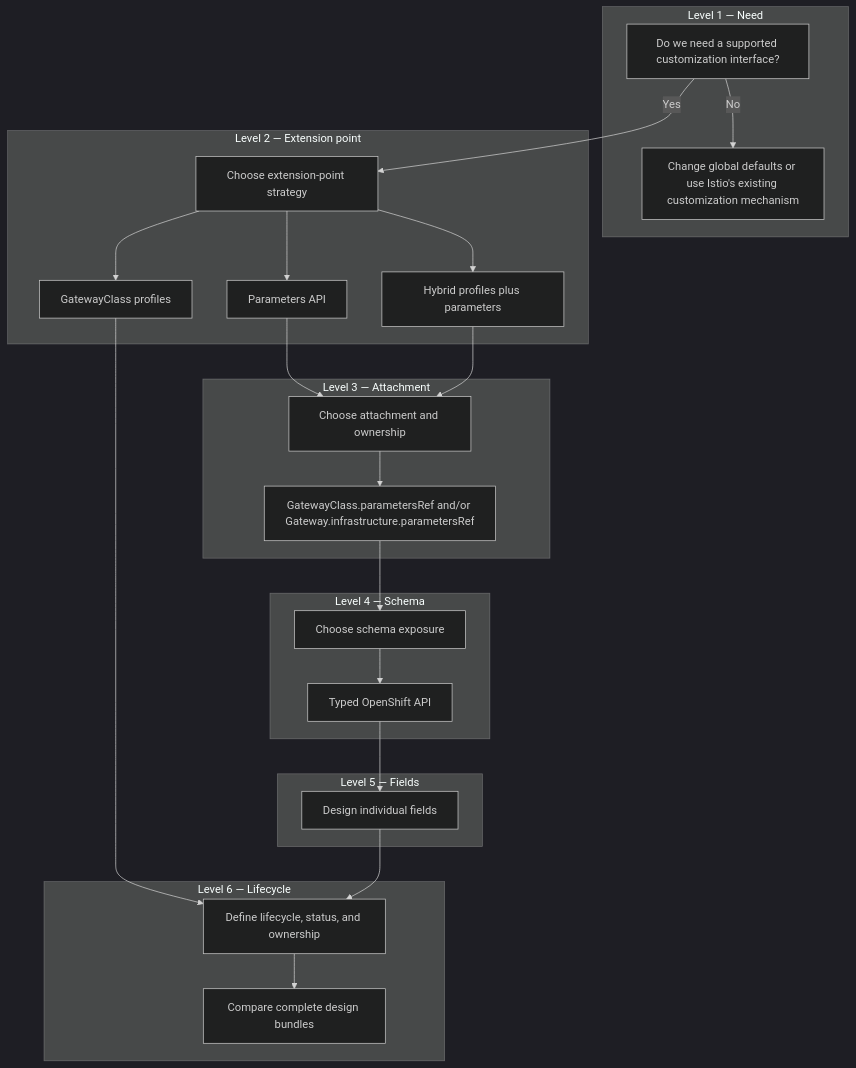
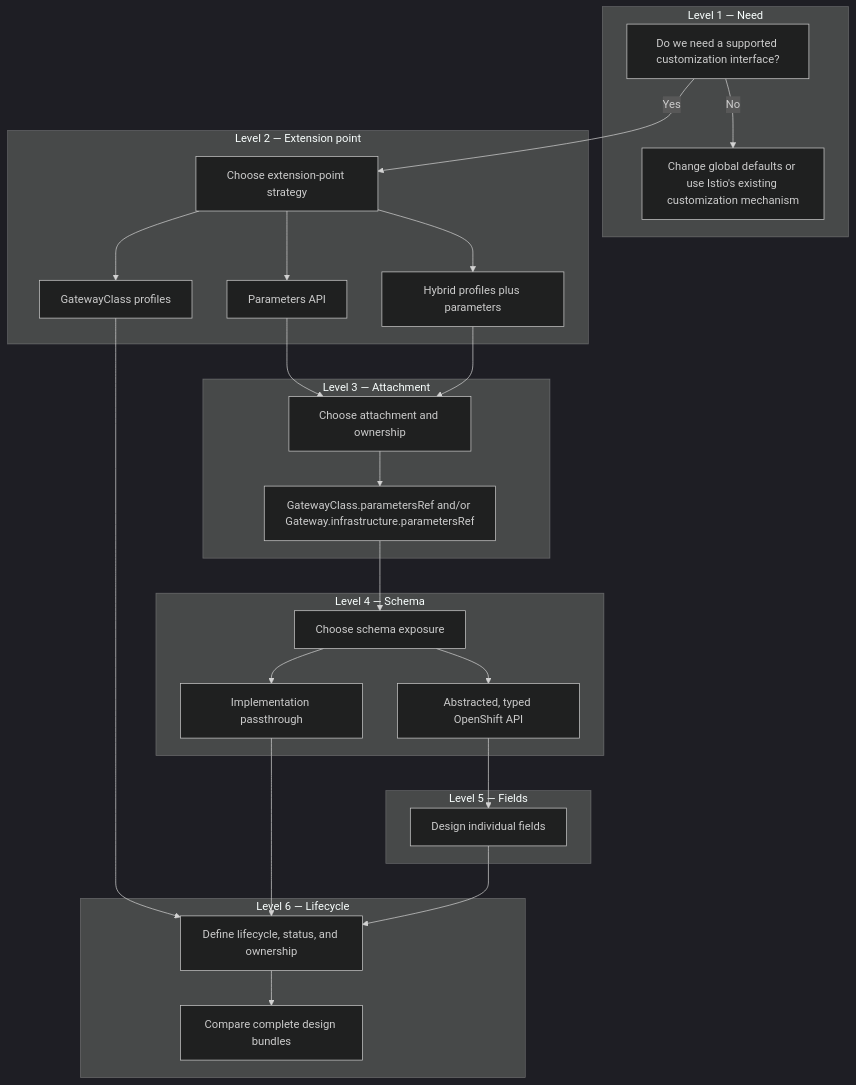
One commit to gcs278/cluster-ingress-operator changed the diagram in docs/gateway-customization/decision-framework.md. Above: the diagram before and after it, drawn with Mermaid (dark theme). The commit also changed other lines of this file, not shown here.

Commit message:
Restore schema abstraction decision

````diff
--- a/docs/gateway-customization/decision-framework.md
+++ b/docs/gateway-customization/decision-framework.md
@@ -5,48 +5,51 @@
 ```mermaid
 flowchart TD
     subgraph L1["Level 1 — Need"]
         A[Do we need a supported customization interface?]
         B[Change global defaults or use Istio's existing customization mechanism]
         A -->|No| B
     end
 
     subgraph L2["Level 2 — Extension point"]
         C[Choose extension-point strategy]
         D[Parameters API]
         E[GatewayClass profiles]
         F[Hybrid profiles plus parameters]
         C --> D
         C --> E
         C --> F
     end
 
     subgraph L3["Level 3 — Attachment"]
         G[Choose attachment and ownership]
         H[GatewayClass.parametersRef and/or Gateway.infrastructure.parametersRef]
         G --> H
     end
 
     subgraph L4["Level 4 — Schema"]
         I[Choose schema exposure]
-        J[Typed OpenShift API]
+        J[Abstracted, typed OpenShift API]
+        K[Implementation passthrough]
         I --> J
+        I --> K
     end
 
     subgraph L5["Level 5 — Fields"]
         M[Design individual fields]
     end
 
     subgraph L6["Level 6 — Lifecycle"]
         N[Define lifecycle, status, and ownership]
         O[Compare complete design bundles]
         N --> O
     end
 
     A -->|Yes| C
     D --> G
     F --> G
     E --> N
     H --> I
     J --> M
+    K --> N
     M --> N
 ```
````
